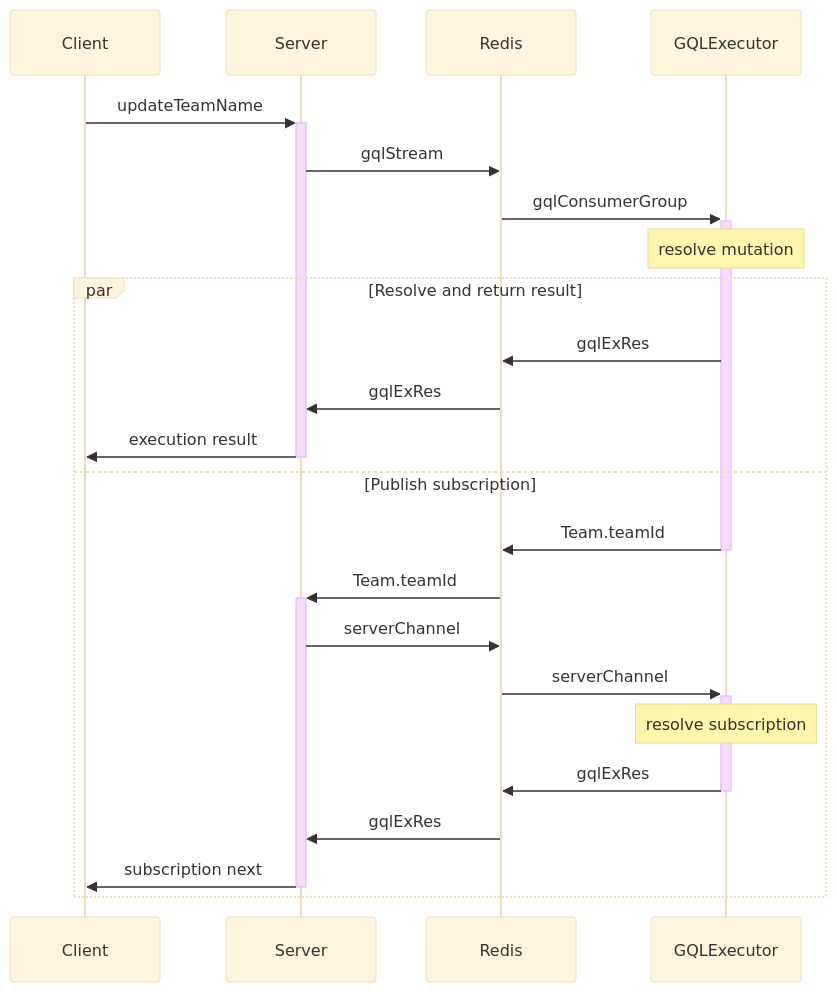
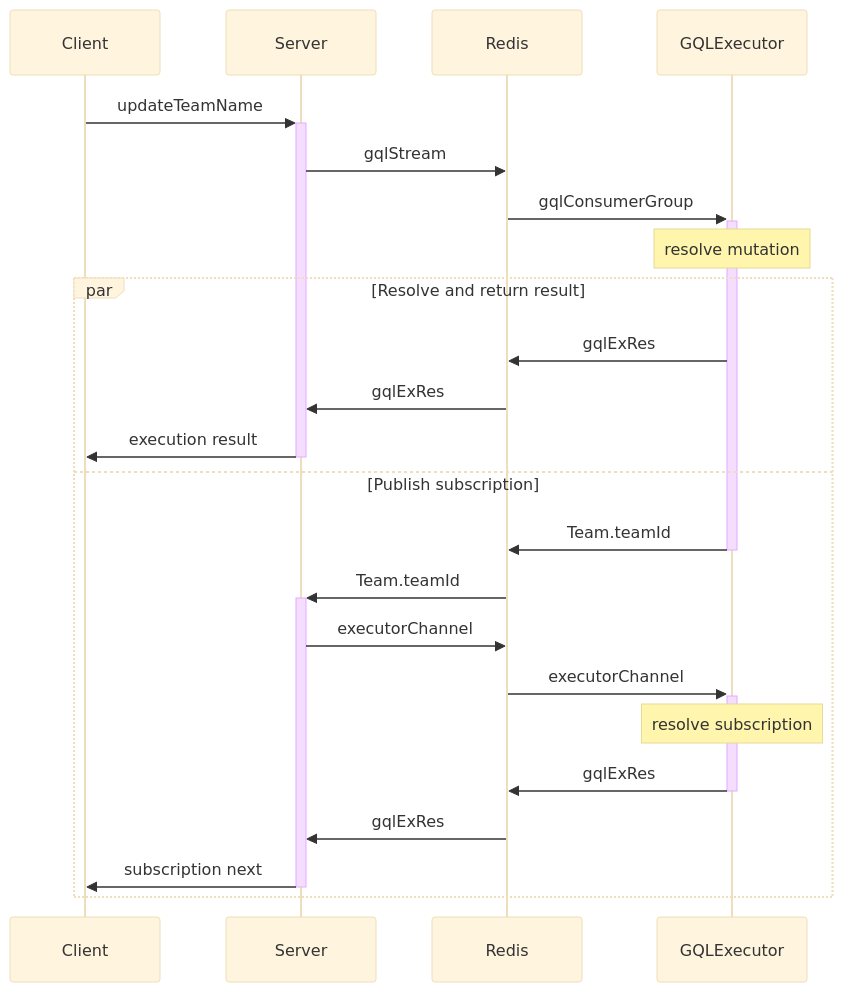
The second of 2 diagrams in docs/serviceDiagram.md (ParabolInc/parabol), drawn with Mermaid (base theme) before and after one commit. The commit also changed other lines of this file and 8 other files, not shown here.

Commit message:
give a pubsub channel to each socket server

````diff
--- a/docs/serviceDiagram.md
+++ b/docs/serviceDiagram.md
@@ -34,27 +39,27 @@
 ```mermaid
 sequenceDiagram
   participant Client
   participant Server
   participant Redis
   participant GQLExecutor
 
   Client ->>+ Server: updateTeamName
   Server ->> Redis: gqlStream
   Redis ->>+ GQLExecutor: gqlConsumerGroup
   note over GQLExecutor: resolve mutation
   par Resolve and return result
     GQLExecutor ->> Redis: gqlExRes
     Redis ->> Server: gqlExRes
     Server ->>- Client: execution result
   and Publish subscription
     GQLExecutor ->>- Redis: Team.teamId
     Redis ->>+ Server: Team.teamId
-    Server ->> Redis: serverChannel
-    Redis ->>+ GQLExecutor: serverChannel
+    Server ->> Redis: executorChannel
+    Redis ->>+ GQLExecutor: executorChannel
     note over GQLExecutor: resolve subscription
     GQLExecutor ->>- Redis: gqlExRes
     Redis ->> Server: gqlExRes
     Server ->>- Client: subscription next
   end
 
 ```
````
